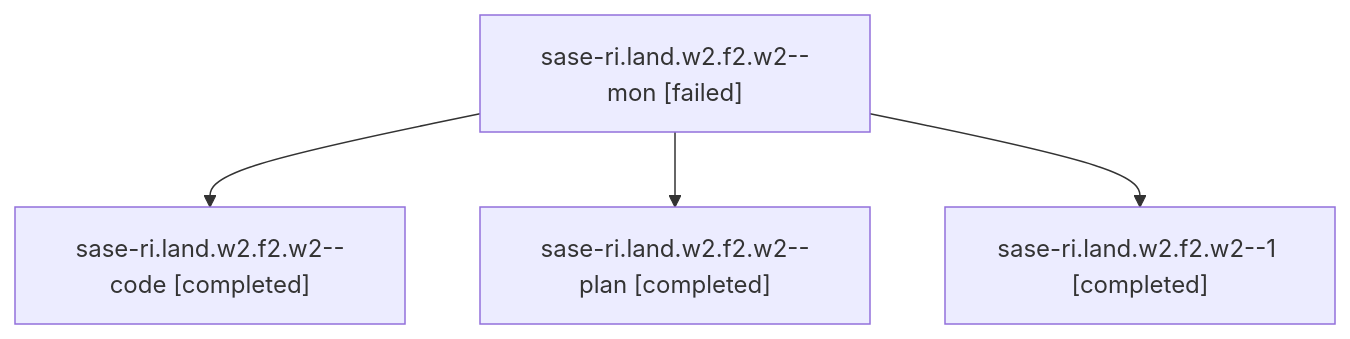
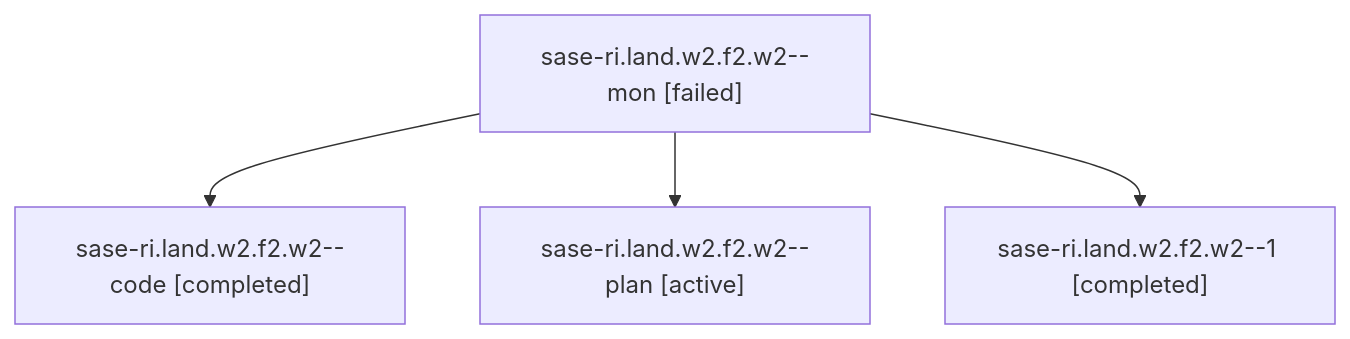
One commit to sase-org/sase--agents changed the diagram in families/bbugyi200.athena.sase-ri.land.w2.f2.w2.md. Above: the diagram before and after it, drawn with Mermaid. The commit also changed other lines of this file and 35830 other files, not shown here.

````diff
--- a/families/bbugyi200.athena.sase-ri.land.w2.f2.w2.md
+++ b/families/bbugyi200.athena.sase-ri.land.w2.f2.w2.md
@@ -9,10 +9,10 @@
 ```mermaid
 flowchart TD
   n0["sase-ri.land.w2.f2.w2--mon [failed]"]
   n1["sase-ri.land.w2.f2.w2--code [completed]"]
   n0 --> n1
-  n2["sase-ri.land.w2.f2.w2--plan [completed]"]
+  n2["sase-ri.land.w2.f2.w2--plan [active]"]
   n0 --> n2
   n3["sase-ri.land.w2.f2.w2--1 [completed]"]
   n0 --> n3
 ```
````
